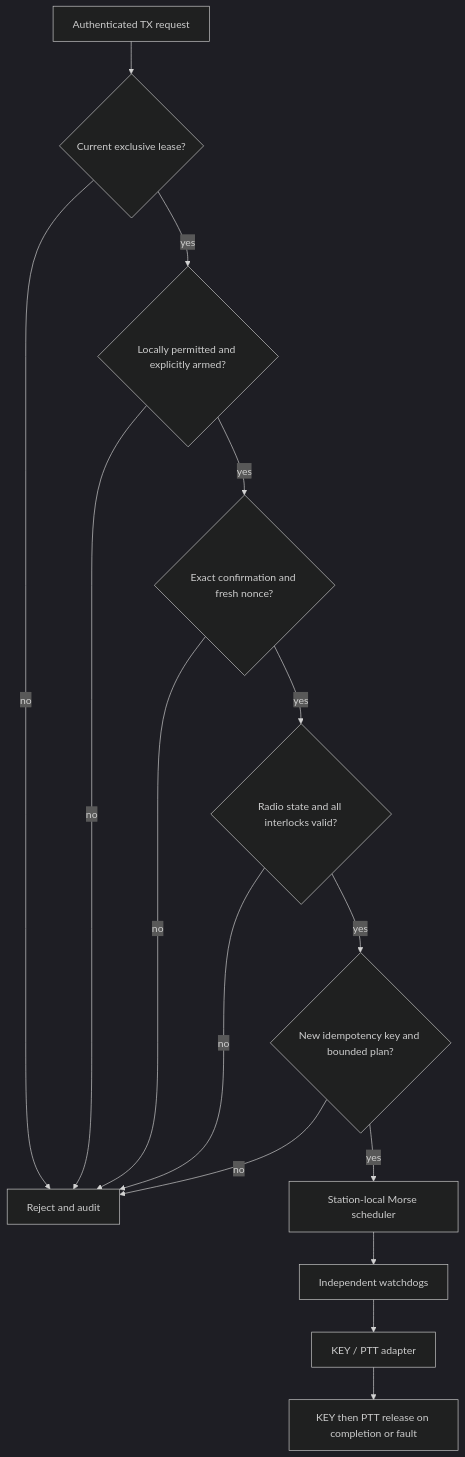
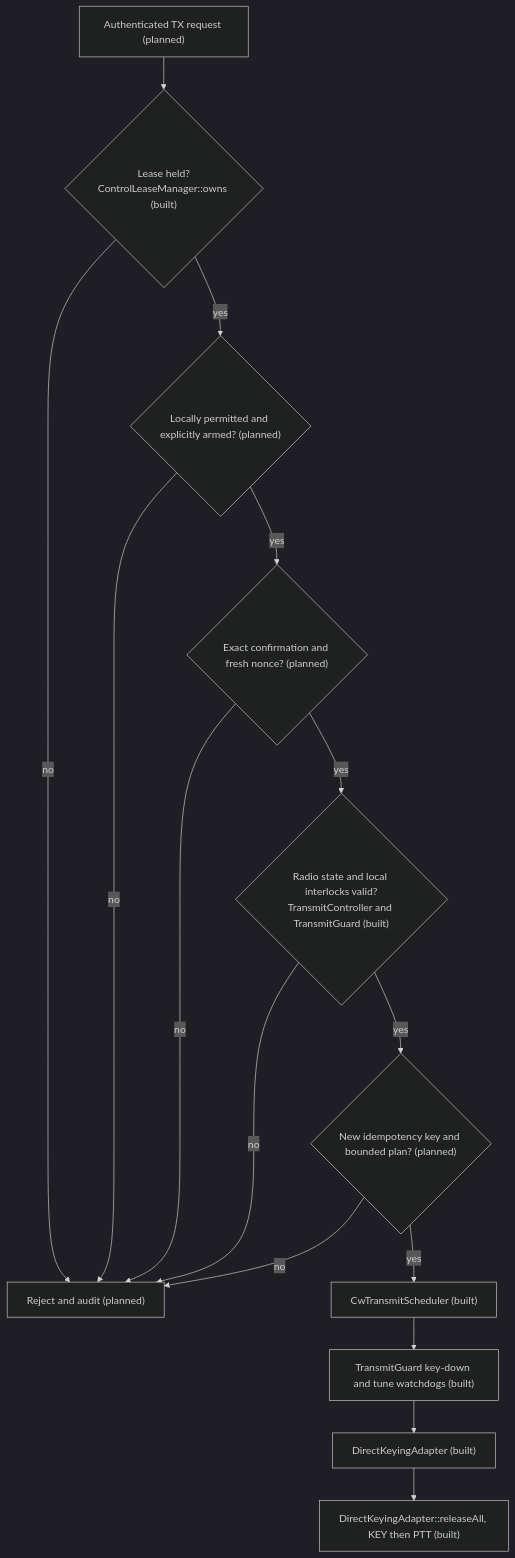
One commit to alessiobravi/CW-Assistant changed the fourth of 4 diagrams in docs/remote-operation-specification.md. Above: the diagram before and after it, drawn with Mermaid (dark theme). The commit also changed other lines of this file and 39 other files, not shown here.

````diff
--- a/docs/remote-operation-specification.md
+++ b/docs/remote-operation-specification.md
@@ -344,17 +382,17 @@
 ```mermaid
 flowchart TD
-  R["Authenticated TX request"] --> L{"Current exclusive lease?"}
-  L -- no --> X["Reject and audit"]
-  L -- yes --> A{"Locally permitted and explicitly armed?"}
+  R["Authenticated TX request (planned)"] --> L{"Lease held?<br/>ControlLeaseManager::owns (built)"}
+  L -- no --> X["Reject and audit (planned)"]
+  L -- yes --> A{"Locally permitted and explicitly armed? (planned)"}
   A -- no --> X
-  A -- yes --> C{"Exact confirmation and fresh nonce?"}
+  A -- yes --> C{"Exact confirmation and fresh nonce? (planned)"}
   C -- no --> X
-  C -- yes --> S{"Radio state and all interlocks valid?"}
+  C -- yes --> S{"Radio state and local interlocks valid?<br/>TransmitController and TransmitGuard (built)"}
   S -- no --> X
-  S -- yes --> I{"New idempotency key and bounded plan?"}
+  S -- yes --> I{"New idempotency key and bounded plan? (planned)"}
   I -- no --> X
-  I -- yes --> Q["Station-local Morse scheduler"]
-  Q --> W["Independent watchdogs"]
-  W --> H["KEY / PTT adapter"]
-  H --> E["KEY then PTT release on completion or fault"]
+  I -- yes --> Q["CwTransmitScheduler (built)"]
+  Q --> W["TransmitGuard key-down and tune watchdogs (built)"]
+  W --> H["DirectKeyingAdapter (built)"]
+  H --> E["DirectKeyingAdapter::releaseAll, KEY then PTT (built)"]
 ```
````
